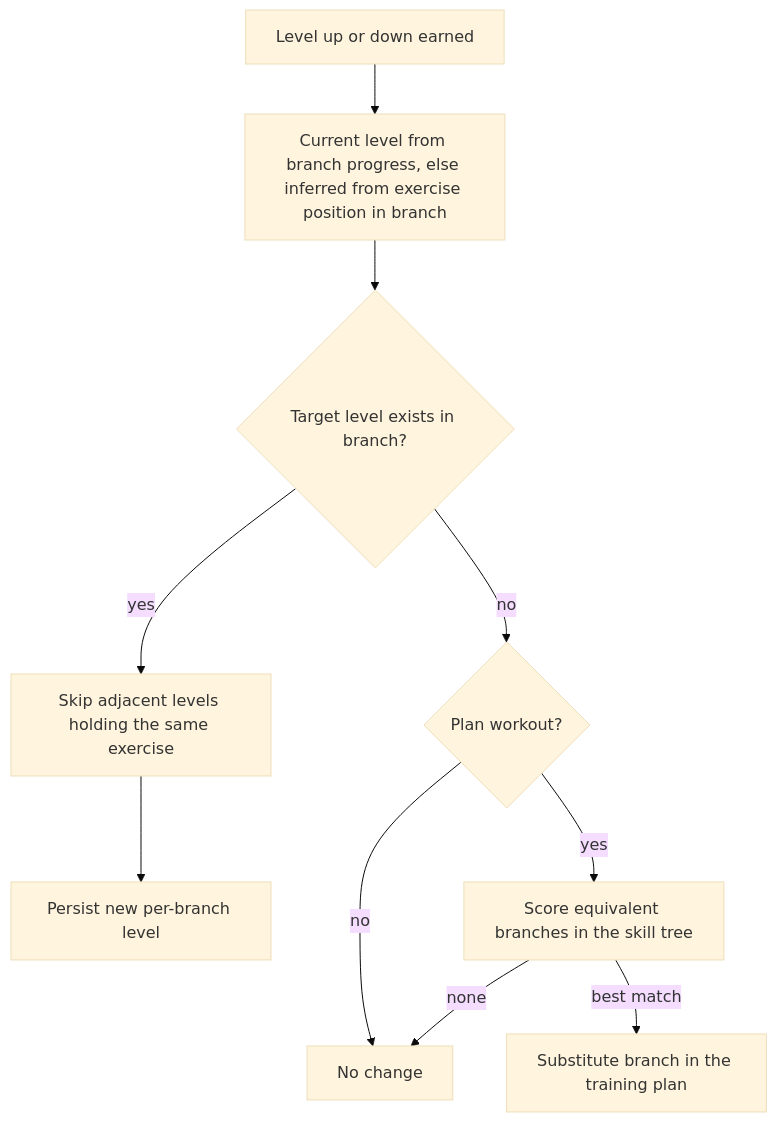
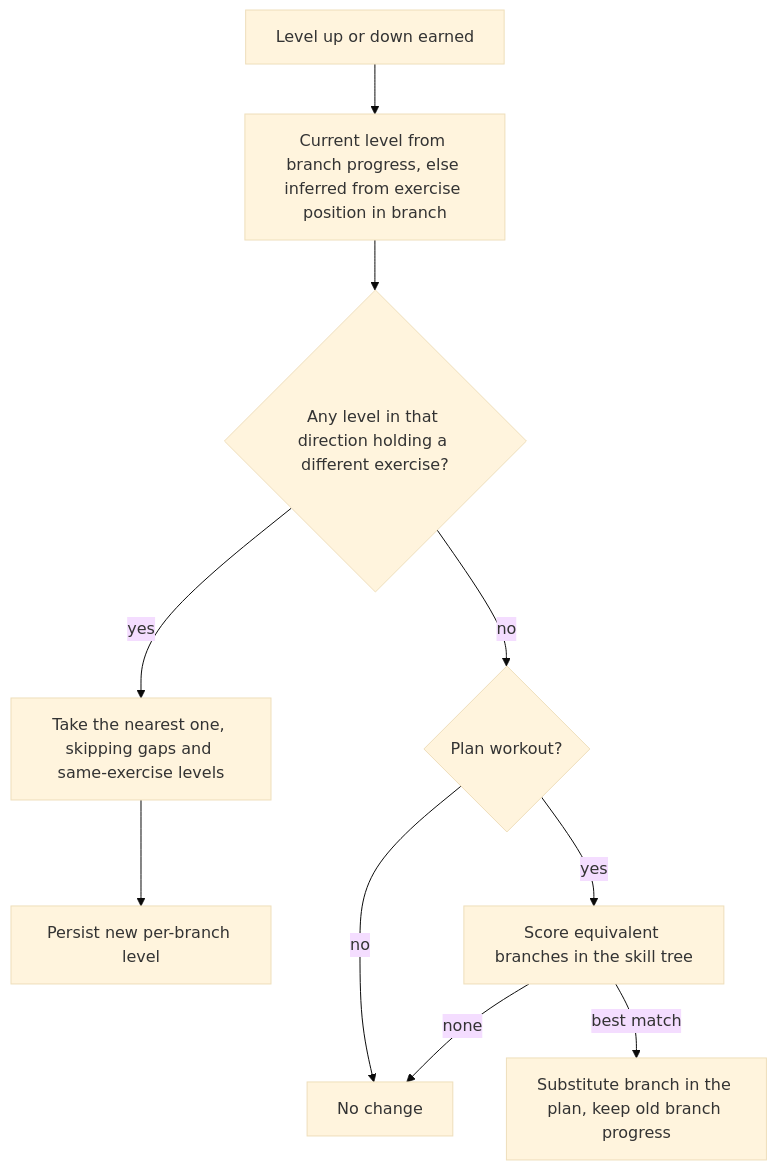
Before and after one commit to digital-athletic/sports-athletic: the first of 2 diagrams in athlete-mobile/docs/specs/branch-exercise-level-system.md, drawn with Mermaid (base theme). The commit also changed other lines of this file, not shown here.

Commit message:
add exercise branch spec refinement

````diff
--- a/athlete-mobile/docs/specs/branch-exercise-level-system.md
+++ b/athlete-mobile/docs/specs/branch-exercise-level-system.md
@@ -58,12 +74,12 @@
 ```mermaid
 flowchart TD
     A[Level up or down earned] --> B[Current level from branch progress, else inferred from exercise position in branch]
-    B --> C{Target level exists in branch?}
-    C -- yes --> D[Skip adjacent levels holding the same exercise]
+    B --> C{Any level in that direction holding a different exercise?}
+    C -- yes --> D[Take the nearest one, skipping gaps and same-exercise levels]
     D --> E[Persist new per-branch level]
     C -- no --> F{Plan workout?}
     F -- no --> G[No change]
     F -- yes --> H[Score equivalent branches in the skill tree]
-    H -- best match --> I[Substitute branch in the training plan]
+    H -- best match --> I[Substitute branch in the plan, keep old branch progress]
     H -- none --> G
 ```
````
